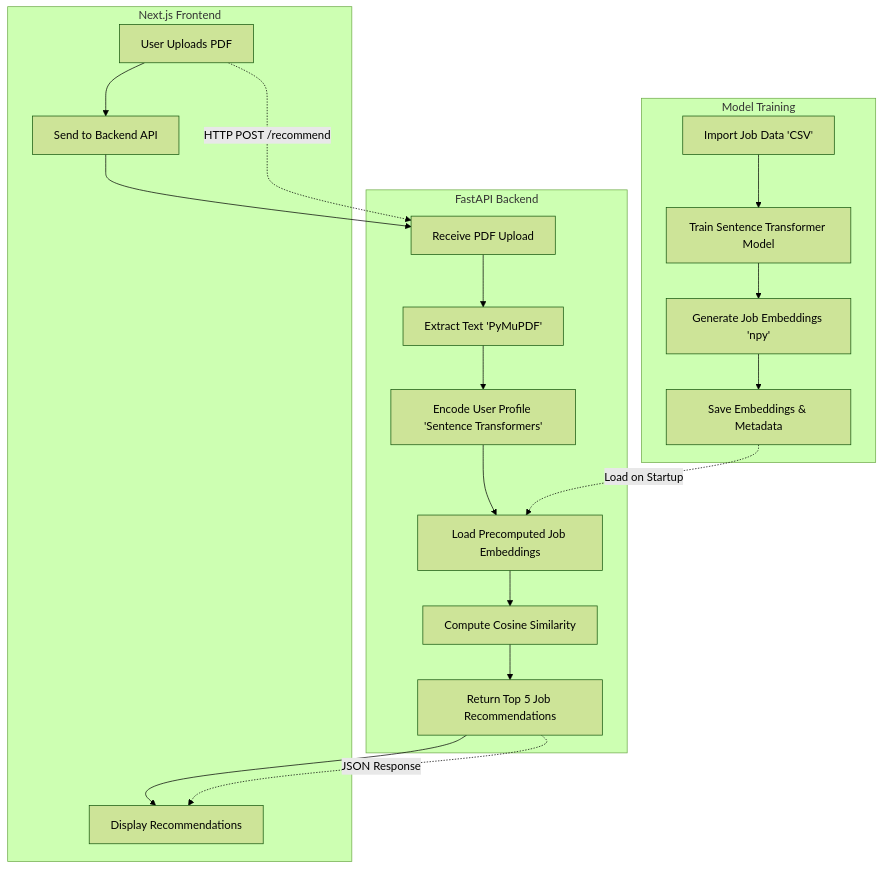
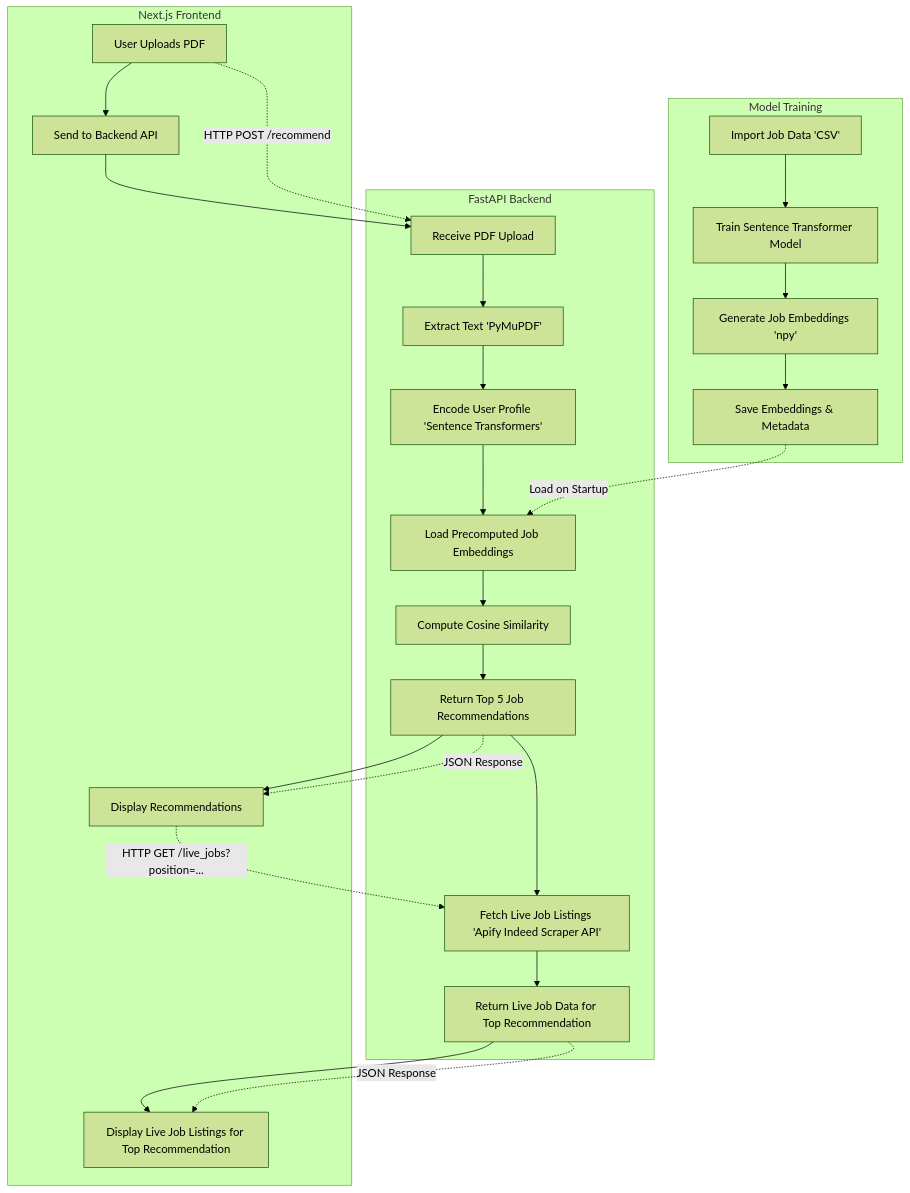
One commit to Teenuhansa99/Social-Activity-Job-Matcher changed the diagram in diagram.md. Above: the diagram before and after it, drawn with Mermaid (forest theme). The commit also changed other lines of this file, not shown here.

Commit message:
modify diagram for job API integration

````diff
--- a/diagram.md
+++ b/diagram.md
@@ -3,31 +3,36 @@
 ```mermaid
 flowchart TD
     subgraph Model_Training[Model Training]
         A[Import Job Data 'CSV'] --> B[Train Sentence Transformer Model]
         B --> C[Generate Job Embeddings 'npy']
         C --> D[Save Embeddings & Metadata]
     end
 
     subgraph Backend[FastAPI Backend]
         E[Receive PDF Upload]
         E --> F[Extract Text 'PyMuPDF']
         F --> G[Encode User Profile 'Sentence Transformers']
         G --> H[Load Precomputed Job Embeddings]
         H --> I[Compute Cosine Similarity]
         I --> J[Return Top 5 Job Recommendations]
+        J --> N[Fetch Live Job Listings 'Apify Indeed Scraper API']
+        N --> O[Return Live Job Data for Top Recommendation]
     end
 
     subgraph Frontend[Next.js Frontend]
         K[User Uploads PDF]
         K --> L[Send to Backend API]
         L --> E
         J --> M[Display Recommendations]
+        O --> P[Display Live Job Listings for Top Recommendation]
     end
 
     %% Communication
     K -.->|HTTP POST /recommend| E
     J -.->|JSON Response| M
+    M -.->|HTTP GET /live_jobs?position=...| N
+    O -.->|JSON Response| P
 
     %% Data Flow
     D -.->|Load on Startup| H
 ```
````
